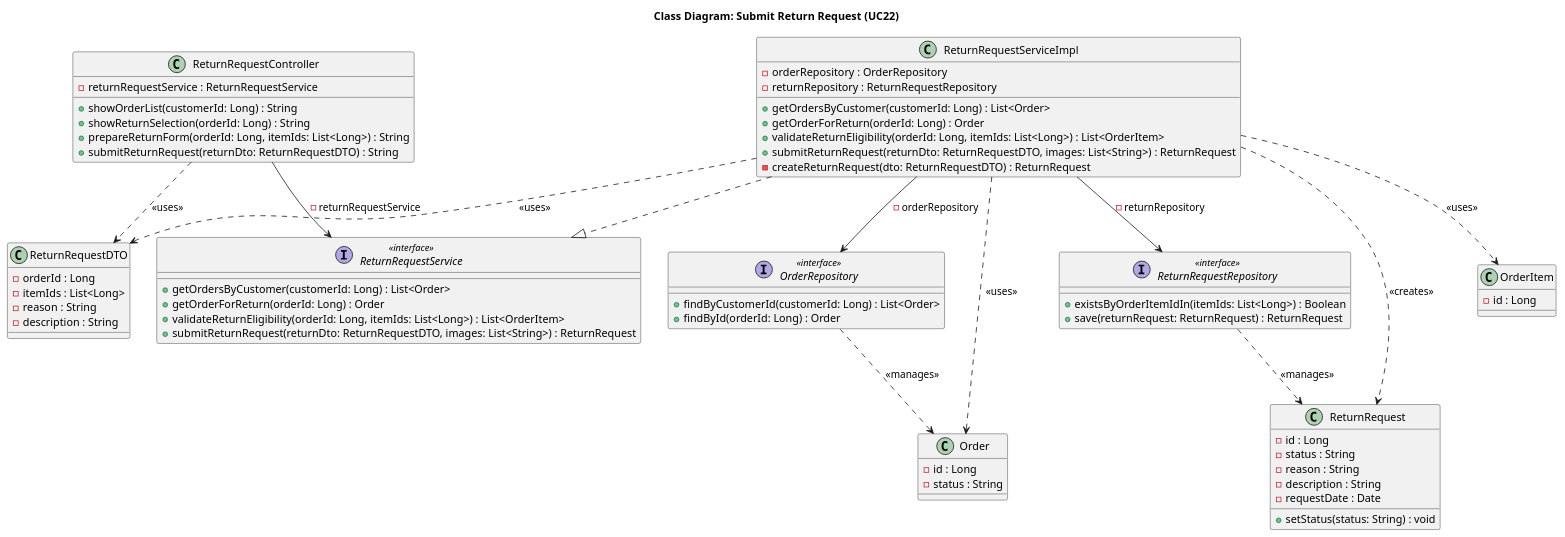
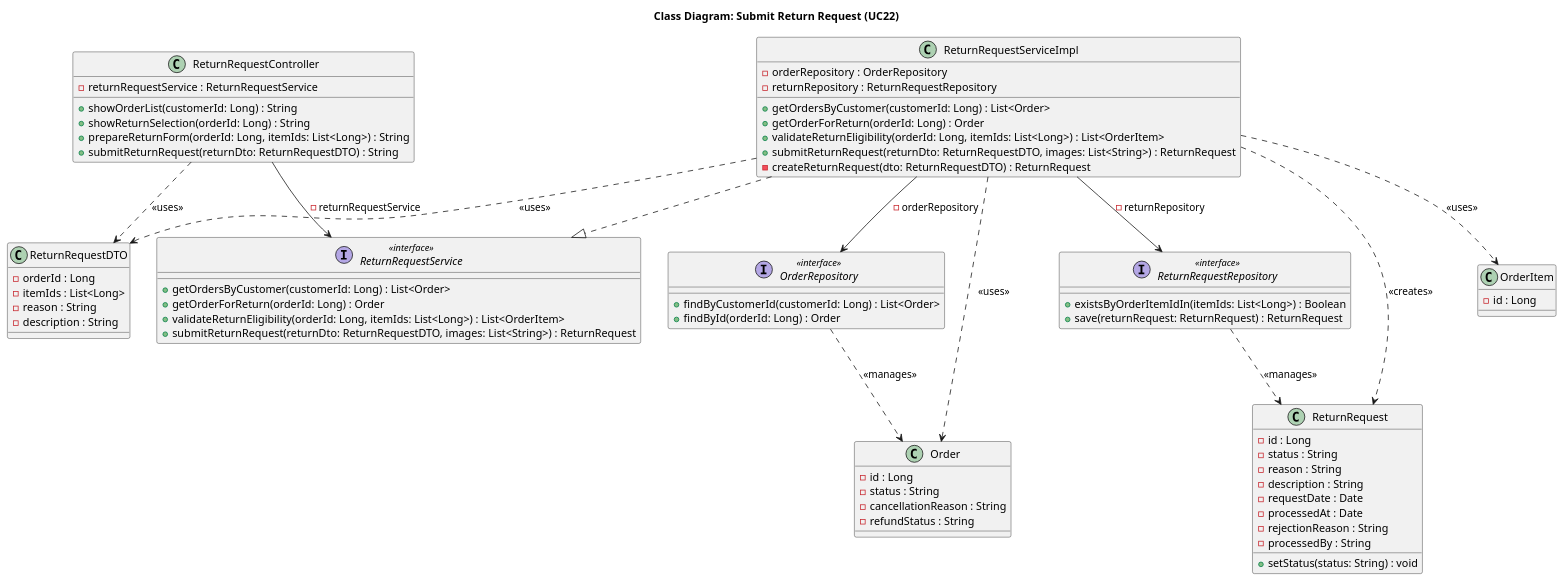
The diagram in src/main/java/org/example/fashionstoresystem/uml/Class/CD22_SubmitReturnRequest.puml (Peterdir/fashion-store-system), drawn with PlantUML before and after one commit. The commit also changed 10 other files, not shown here.

Commit message:
Update Entity and Diagram

```diff
--- a/src/main/java/org/example/fashionstoresystem/uml/Class/CD22_SubmitReturnRequest.puml
+++ b/src/main/java/org/example/fashionstoresystem/uml/Class/CD22_SubmitReturnRequest.puml
@@ -1,90 +1,95 @@
 @startuml
 title Class Diagram: Submit Return Request (UC22)
 
 ' Controller
 class ReturnRequestController {
     - returnRequestService : ReturnRequestService
     + showOrderList(customerId: Long) : String
     + showReturnSelection(orderId: Long) : String
     + prepareReturnForm(orderId: Long, itemIds: List<Long>) : String
     + submitReturnRequest(returnDto: ReturnRequestDTO) : String
 }
 
 ' Service
 interface ReturnRequestService <<interface>> {
     + getOrdersByCustomer(customerId: Long) : List<Order>
     + getOrderForReturn(orderId: Long) : Order
     + validateReturnEligibility(orderId: Long, itemIds: List<Long>) : List<OrderItem>
     + submitReturnRequest(returnDto: ReturnRequestDTO, images: List<String>) : ReturnRequest
 }
 
 class ReturnRequestServiceImpl {
     - orderRepository : OrderRepository
     - returnRepository : ReturnRequestRepository
     + getOrdersByCustomer(customerId: Long) : List<Order>
     + getOrderForReturn(orderId: Long) : Order
     + validateReturnEligibility(orderId: Long, itemIds: List<Long>) : List<OrderItem>
     + submitReturnRequest(returnDto: ReturnRequestDTO, images: List<String>) : ReturnRequest
     - createReturnRequest(dto: ReturnRequestDTO) : ReturnRequest
 }
 
 ' Repository
 interface OrderRepository <<interface>> {
     + findByCustomerId(customerId: Long) : List<Order>
     + findById(orderId: Long) : Order
 }
 
 interface ReturnRequestRepository <<interface>> {
     + existsByOrderItemIdIn(itemIds: List<Long>) : Boolean
     + save(returnRequest: ReturnRequest) : ReturnRequest
 }
 
 ' Entity & DTO
 class ReturnRequestDTO {
     - orderId : Long
     - itemIds : List<Long>
     - reason : String
     - description : String
 }
 
 class ReturnRequest {
     - id : Long
     - status : String
     - reason : String
     - description : String
     - requestDate : Date
+    - processedAt : Date
+    - rejectionReason : String
+    - processedBy : String
     + setStatus(status: String) : void
 }
 
 class Order {
     - id : Long
     - status : String
+    - cancellationReason : String
+    - refundStatus : String
 }
 
 class OrderItem {
     - id : Long
 }
 
 ' Relationships
 
 ' Implementation
 ReturnRequestServiceImpl ..|> ReturnRequestService
 
 ' Dependency Injection
 ReturnRequestController --> ReturnRequestService : - returnRequestService
 ReturnRequestServiceImpl --> OrderRepository : - orderRepository
 ReturnRequestServiceImpl --> ReturnRequestRepository : - returnRepository
 
 ' Object Usage
 ReturnRequestController ..> ReturnRequestDTO : <<uses>>
 ReturnRequestServiceImpl ..> ReturnRequestDTO : <<uses>>
 
 ReturnRequestServiceImpl ..> ReturnRequest : <<creates>>
 ReturnRequestRepository ..> ReturnRequest : <<manages>>
 
 ReturnRequestServiceImpl ..> Order : <<uses>>
 OrderRepository ..> Order : <<manages>>
 
 ReturnRequestServiceImpl ..> OrderItem : <<uses>>
 
 @enduml
```
